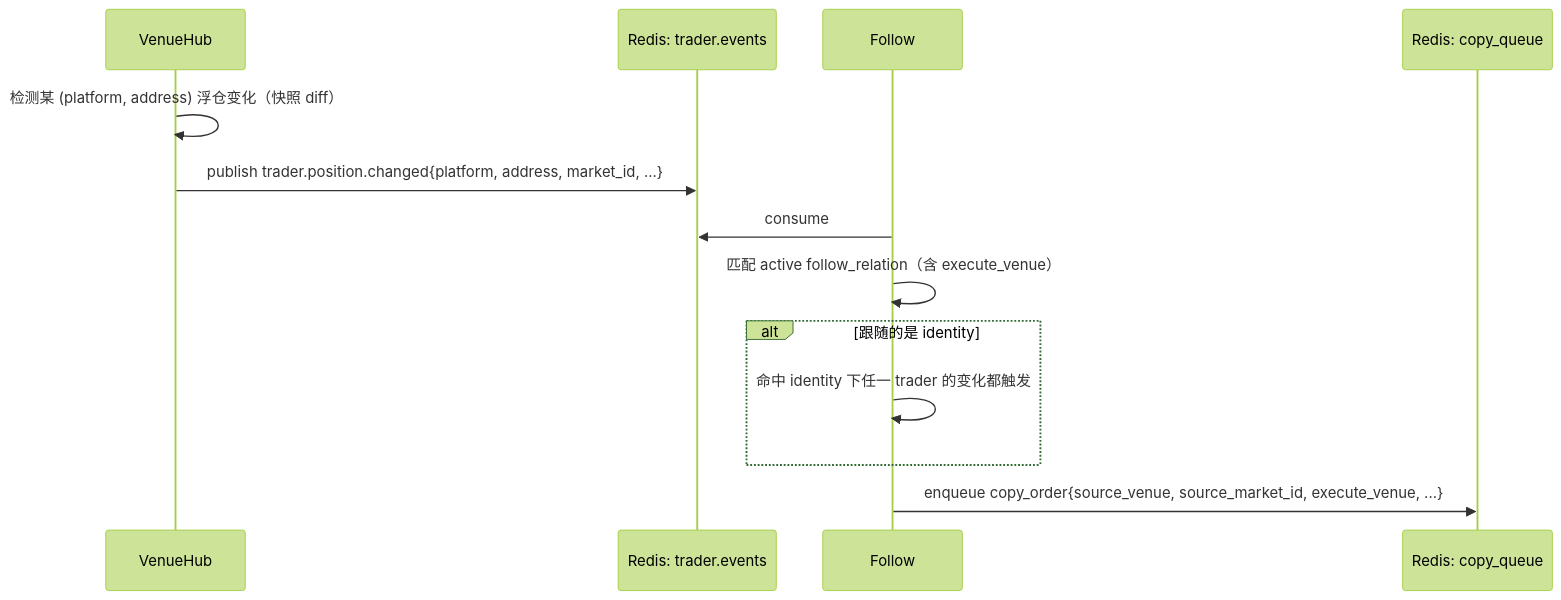
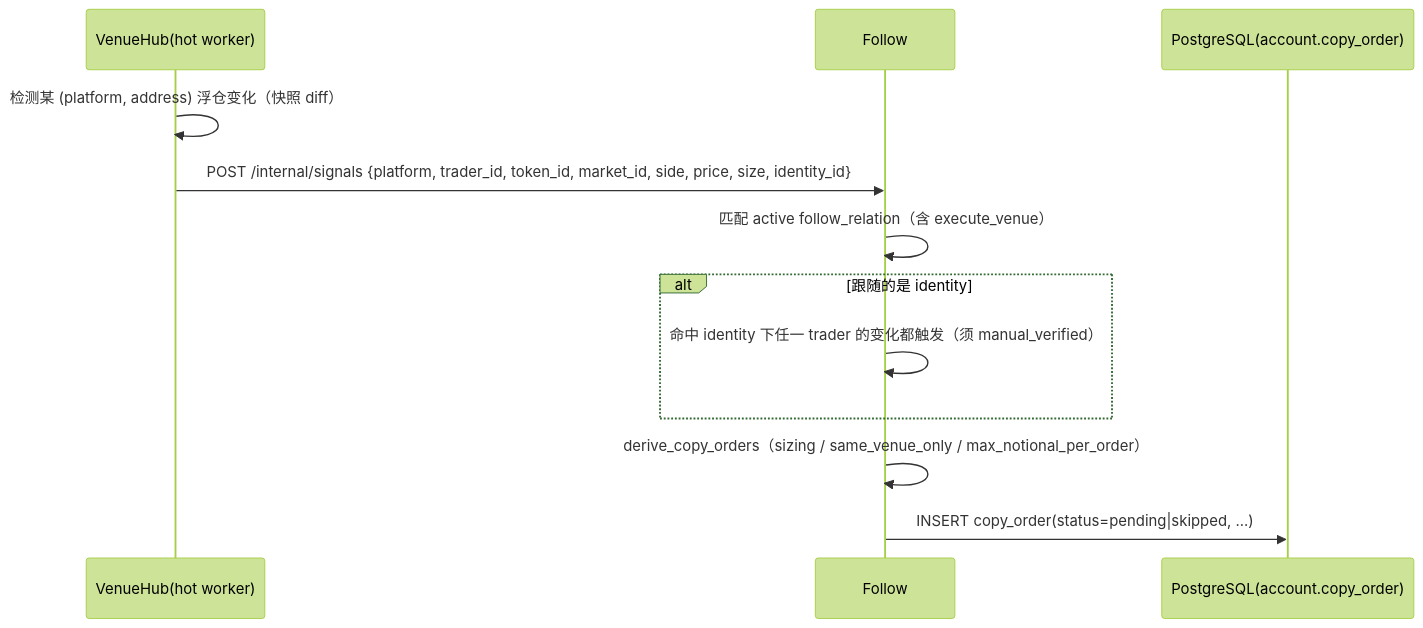
The fifth of 9 diagrams in docs/FLOWS.md (laoshalab/sharpside), drawn with Mermaid (forest theme) before and after one commit. The commit also changed other lines of this file and 5 other files, not shown here.

````diff
--- a/docs/FLOWS.md
+++ b/docs/FLOWS.md
@@ -80,15 +82,14 @@
 ```mermaid
 sequenceDiagram
-  participant VH as VenueHub
-  participant Q1 as Redis: trader.events
+  participant VH as VenueHub(hot worker)
   participant FLW as Follow
-  participant Q2 as Redis: copy_queue
+  participant DB as PostgreSQL(account.copy_order)
   VH->>VH: 检测某 (platform, address) 浮仓变化（快照 diff）
-  VH->>Q1: publish trader.position.changed{platform, address, market_id, ...}
-  FLW->>Q1: consume
+  VH->>FLW: POST /internal/signals {platform, trader_id, token_id, market_id, side, price, size, identity_id}
   FLW->>FLW: 匹配 active follow_relation（含 execute_venue）
   alt 跟随的是 identity
-    FLW->>FLW: 命中 identity 下任一 trader 的变化都触发
+    FLW->>FLW: 命中 identity 下任一 trader 的变化都触发（须 manual_verified）
   end
-  FLW->>Q2: enqueue copy_order{source_venue, source_market_id, execute_venue, ...}
+  FLW->>FLW: derive_copy_orders（sizing / same_venue_only / max_notional_per_order）
+  FLW->>DB: INSERT copy_order(status=pending|skipped, ...)
 ```
````
